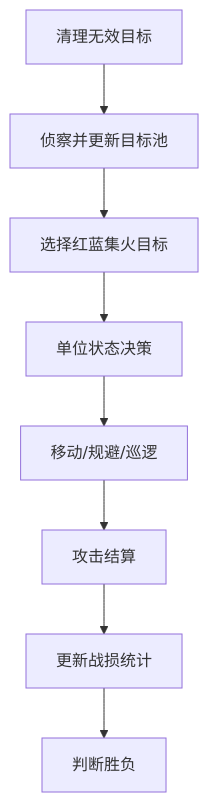
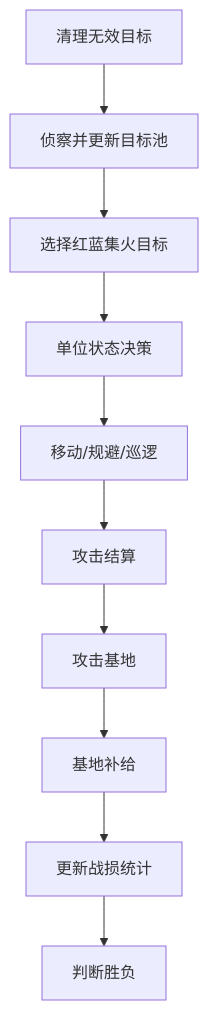
The second of 3 diagrams in docs/概要设计.md (genfa-bit/UAV_WarGame), drawn with Mermaid before and after one commit. The commit also changed other lines of this file and 6 other files, not shown here.

````diff
--- a/docs/概要设计.md
+++ b/docs/概要设计.md
@@ -62,10 +71,12 @@
 ```mermaid
 flowchart TD
     A[清理无效目标] --> B[侦察并更新目标池]
     B --> C[选择红蓝集火目标]
     C --> D[单位状态决策]
     D --> E[移动/规避/巡逻]
     E --> F[攻击结算]
-    F --> G[更新战损统计]
-    G --> H[判断胜负]
+    F --> G[攻击基地]
+    G --> H[基地补给]
+    H --> I[更新战损统计]
+    I --> J[判断胜负]
 ```
````
